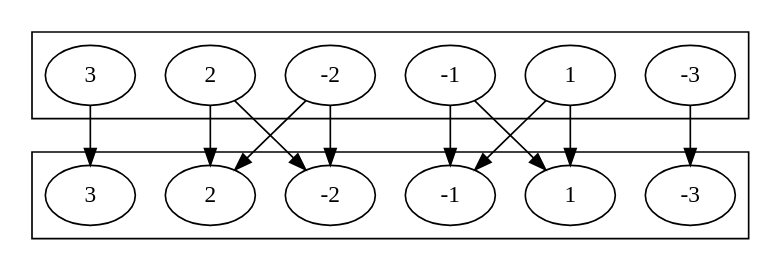
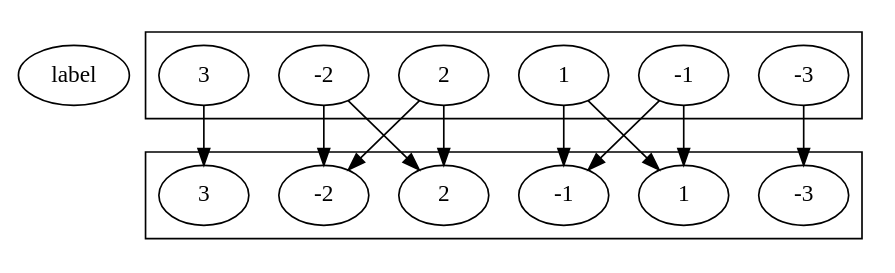
The first of 2 diagrams in CSDS 302 - Discrete Math/HW/1.md (tnichols217/notes), drawn with Graphviz before and after one commit. The commit also changed other lines of this file, not shown here.

````diff
--- a/CSDS 302 - Discrete Math/HW/1.md
+++ b/CSDS 302 - Discrete Math/HW/1.md
@@ -125,28 +125,29 @@
 ```dot
 digraph {
+label
 	subgraph {
 		cluster=true
 		a [label=-3]
 		b [label=-2]
 		c [label=-1]
 		d [label=1]
 		e [label=2]
 		f [label=3]
 	}
 	subgraph {
 		cluster=true
 		A [label=-3]
 		B [label=-2]
 		C [label=-1]
 		D [label=1]
 		E [label=2]
 		F [label=3]
 	}
 	a -> A
 	b -> {B E}
 	c -> {C D}
 	d -> {C D}
 	e -> {B E}
 	f -> F
 }
 ```
````
